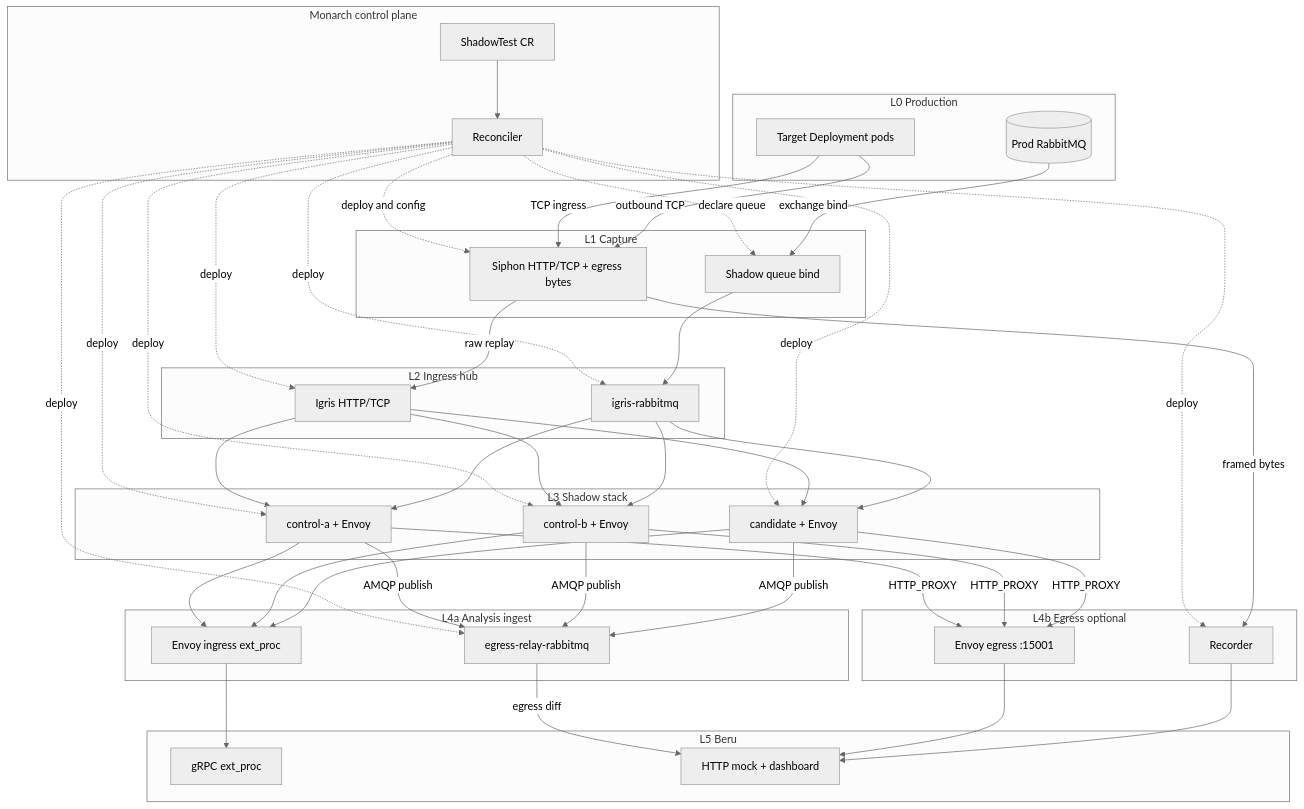
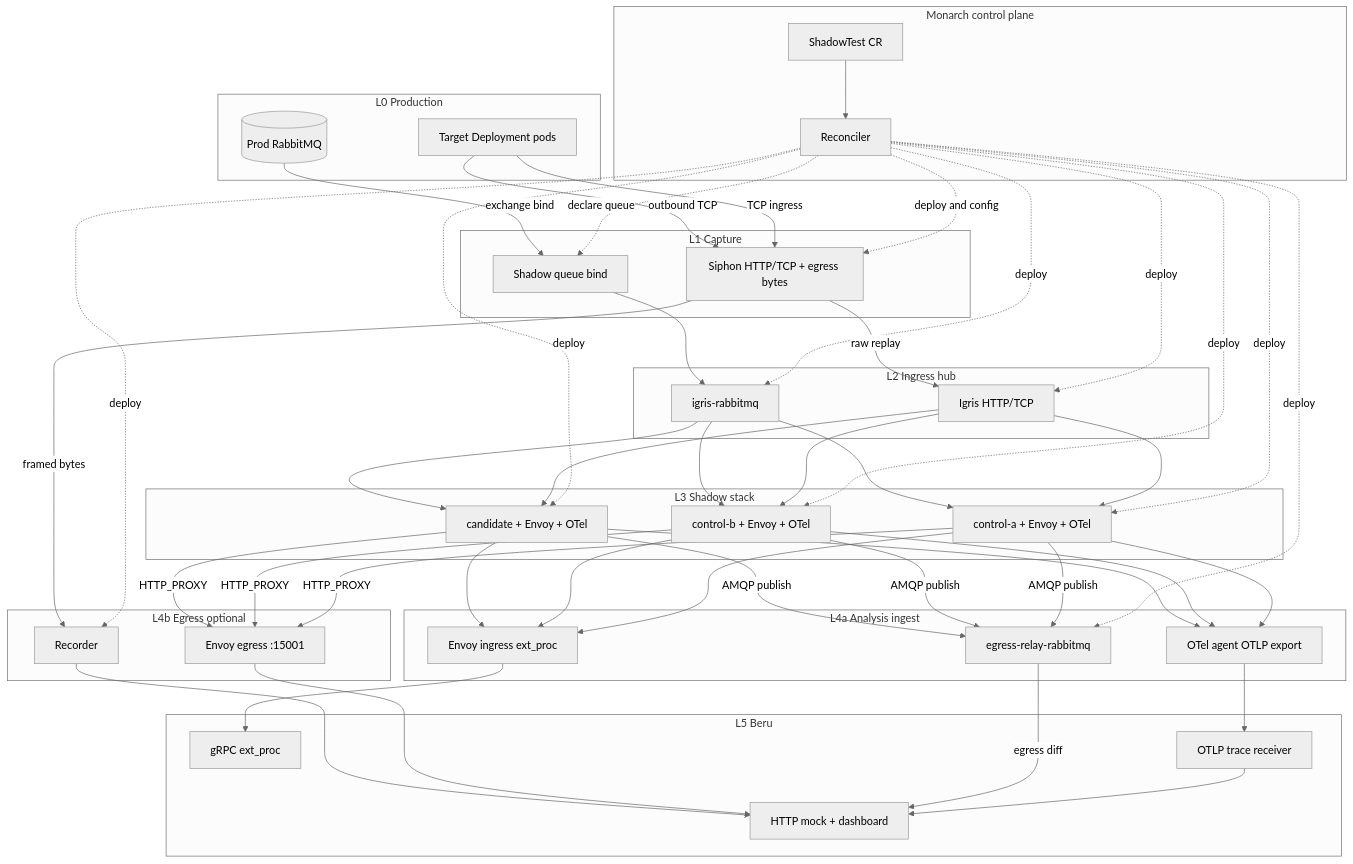
The second of 5 diagrams in docs/architecture/ARCHITECTURE.md (nederrgo/shadow-diff), drawn with Mermaid (neutral theme) before and after one commit. The commit also changed other lines of this file and 57 other files, not shown here.

```diff
--- a/docs/architecture/ARCHITECTURE.md
+++ b/docs/architecture/ARCHITECTURE.md
@@ -148,13 +149,14 @@
   end
 
   subgraph shadow [L3 Shadow stack]
-    A[control-a + Envoy]
-    B[control-b + Envoy]
-    C[candidate + Envoy]
+    A[control-a + Envoy + OTel]
+    B[control-b + Envoy + OTel]
+    C[candidate + Envoy + OTel]
   end
 
   subgraph analysis [L4a Analysis ingest]
     ExtProc[Envoy ingress ext_proc]
+    OTLP[OTel agent OTLP export]
     EgrRelay[egress-relay-rabbitmq]
   end
 
@@ -165,6 +167,7 @@
 
   subgraph beru [L5 Beru]
     BeruGRPC[gRPC ext_proc]
+    BeruOTLP[OTLP trace receiver]
     BeruHTTP[HTTP mock + dashboard]
   end
 
@@ -194,6 +197,11 @@
   B --> ExtProc
   C --> ExtProc
   ExtProc --> BeruGRPC
+  A --> OTLP
+  B --> OTLP
+  C --> OTLP
+  OTLP --> BeruOTLP
+  BeruOTLP --> BeruHTTP
   A -->|AMQP publish| EgrRelay
   B -->|AMQP publish| EgrRelay
   C -->|AMQP publish| EgrRelay
```
